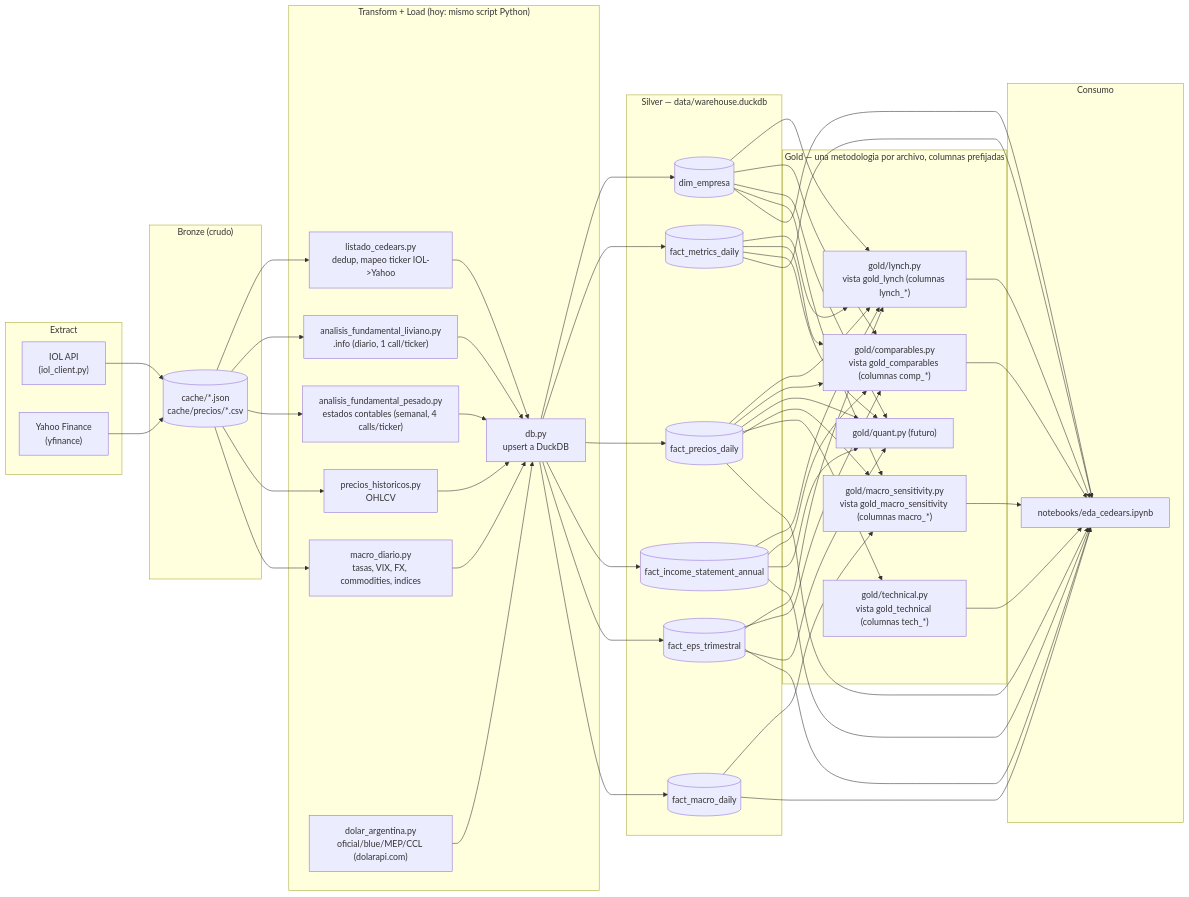
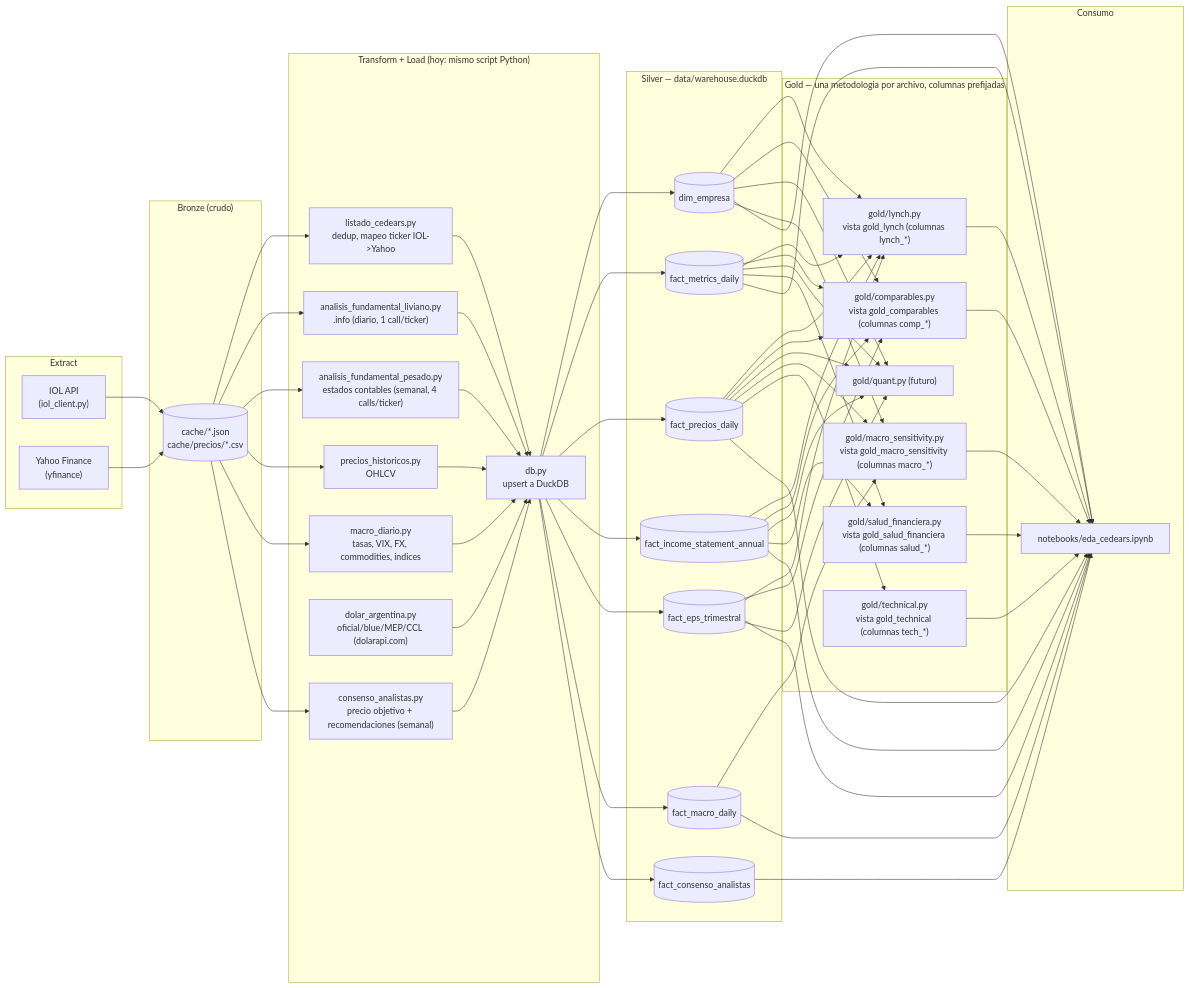
One commit to esfer98/cedears-data-pipeline changed the diagram in README.md. Above: the diagram before and after it, drawn with Mermaid. The commit also changed other lines of this file and 6 other files, not shown here.

````diff
--- a/README.md
+++ b/README.md
@@ -28,60 +28,66 @@
 ```mermaid
 flowchart LR
     subgraph Extract
         IOL["IOL API<br/>(iol_client.py)"]
         YF["Yahoo Finance<br/>(yfinance)"]
     end
 
     subgraph Bronze["Bronze (crudo)"]
         cache[("cache/*.json<br/>cache/precios/*.csv")]
     end
 
     subgraph Transform_Load["Transform + Load (hoy: mismo script Python)"]
         listado["listado_cedears.py<br/>dedup, mapeo ticker IOL->Yahoo"]
         liviano["analisis_fundamental_liviano.py<br/>.info (diario, 1 call/ticker)"]
         pesado["analisis_fundamental_pesado.py<br/>estados contables (semanal, 4 calls/ticker)"]
         precios["precios_historicos.py<br/>OHLCV"]
         macro["macro_diario.py<br/>tasas, VIX, FX, commodities, indices"]
         dolar["dolar_argentina.py<br/>oficial/blue/MEP/CCL (dolarapi.com)"]
+        consenso["consenso_analistas.py<br/>precio objetivo + recomendaciones (semanal)"]
         db["db.py<br/>upsert a DuckDB"]
     end
 
     subgraph Silver["Silver — data/warehouse.duckdb"]
         dim[("dim_empresa")]
         fm[("fact_metrics_daily")]
         fp[("fact_precios_daily")]
         fi[("fact_income_statement_annual")]
         fe[("fact_eps_trimestral")]
         fma[("fact_macro_daily")]
+        fca[("fact_consenso_analistas")]
     end
 
     subgraph Gold["Gold — una metodologia por archivo, columnas prefijadas"]
         lynch["gold/lynch.py<br/>vista gold_lynch (columnas lynch_*)"]
         comp["gold/comparables.py<br/>vista gold_comparables (columnas comp_*)"]
         macrosens["gold/macro_sensitivity.py<br/>vista gold_macro_sensitivity (columnas macro_*)"]
         tech["gold/technical.py<br/>vista gold_technical (columnas tech_*)"]
+        salud["gold/salud_financiera.py<br/>vista gold_salud_financiera (columnas salud_*)"]
         quant["gold/quant.py (futuro)"]
     end
 
     subgraph Consumo
         nb["notebooks/eda_cedears.ipynb"]
     end
 
     IOL --> cache
     YF --> cache
     cache --> listado --> db
     cache --> liviano --> db
     cache --> pesado --> db
     cache --> precios --> db
     cache --> macro --> db
+    cache --> consenso --> db
     dolar --> db
-    db --> dim & fm & fp & fi & fe & fma
+    db --> dim & fm & fp & fi & fe & fma & fca
     dim & fm & fp & fi & fe --> lynch & comp & quant
     dim & fp & fma --> macrosens
     fp --> tech
-    dim & fm & fp & fi & fe & fma --> nb
+    fm & fi --> salud
+    dim & fm & fp & fi & fe & fma & fca --> nb
     lynch --> nb
     comp --> nb
     macrosens --> nb
     tech --> nb
+    salud --> nb
 ```
````
